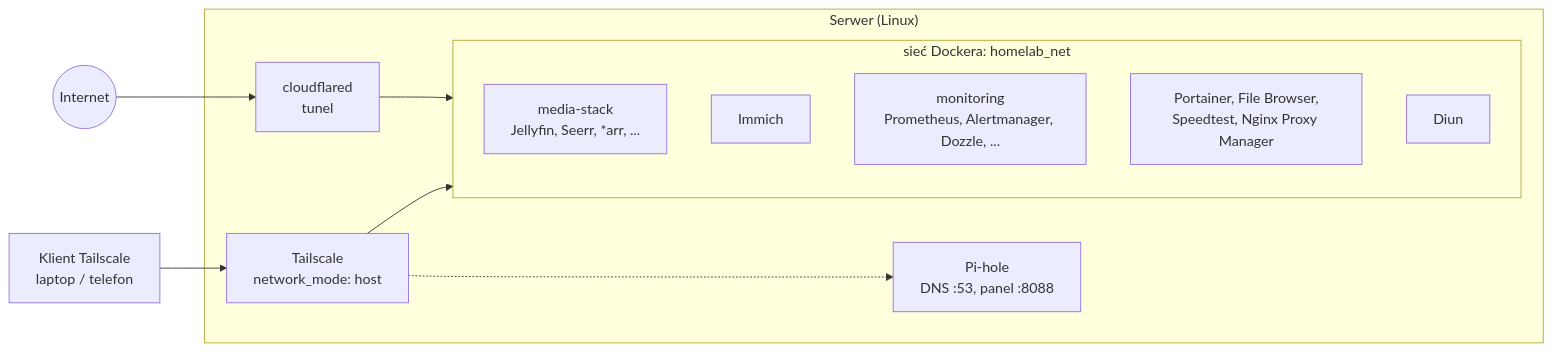
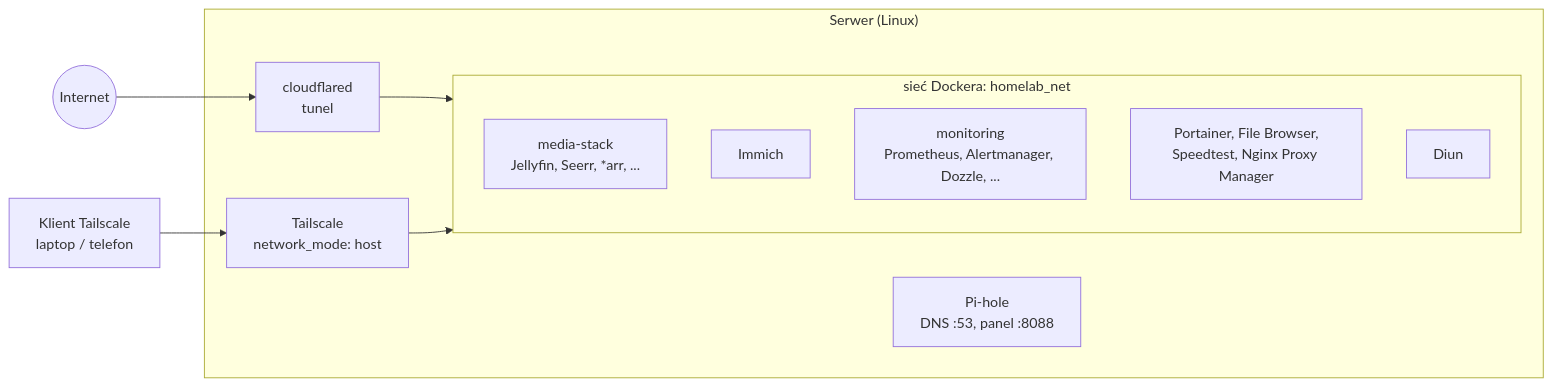
Before and after one commit to patrykludwin02/homelab: the diagram in README.md, drawn with Mermaid. The commit also changed other lines of this file and 19 other files, not shown here.

````diff
--- a/README.md
+++ b/README.md
@@ -43,23 +43,22 @@
 ```mermaid
 flowchart LR
     Internet((Internet))
     VPN["Klient Tailscale<br/>laptop / telefon"]
 
     subgraph Serwer["Serwer (Linux)"]
         CF["cloudflared<br/>tunel"]
         TS["Tailscale<br/>network_mode: host"]
         DNS["Pi-hole<br/>DNS :53, panel :8088"]
 
         subgraph homelab_net["sieć Dockera: homelab_net"]
             MEDIA["media-stack<br/>Jellyfin, Seerr, *arr, ..."]
             IMM["Immich"]
             MON["monitoring<br/>Prometheus, Alertmanager, Dozzle, ..."]
             ADM["Portainer, File Browser,<br/>Speedtest, Nginx Proxy Manager"]
             DIUN["Diun"]
         end
     end
 
     Internet --> CF --> homelab_net
     VPN --> TS --> homelab_net
-    TS -.-> DNS
 ```
````
